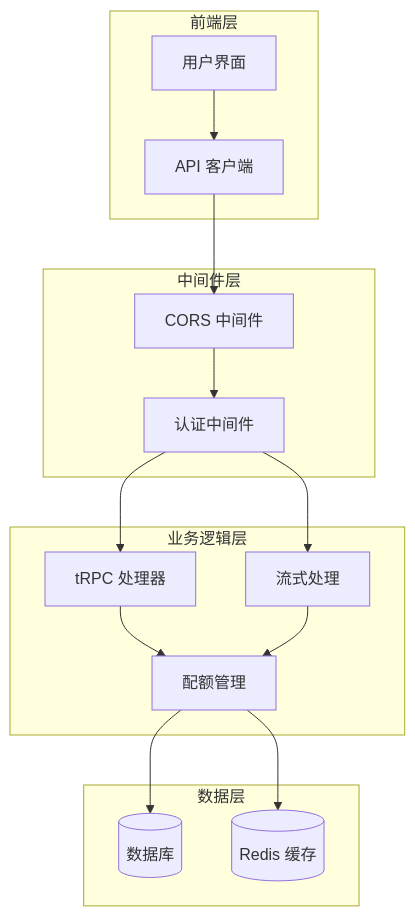
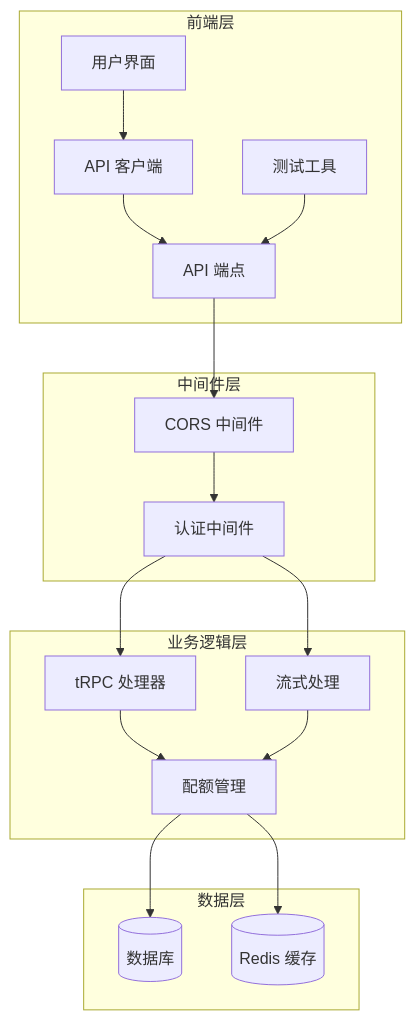
One commit to RadiumAg/AIGate changed the first of 8 diagrams in .qoder/repowiki/zh/content/系统架构设计/API 架构设计/CORS 跨域支持.md. Above: the diagram before and after it, drawn with Mermaid. The commit also changed other lines of this file and 9 other files, not shown here.

````diff
--- a/.qoder/repowiki/zh/content/系统架构设计/API 架构设计/CORS 跨域支持.md
+++ b/.qoder/repowiki/zh/content/系统架构设计/API 架构设计/CORS 跨域支持.md
@@ -36,29 +46,33 @@
 ```mermaid
 graph TB
 subgraph "前端层"
 UI[用户界面]
 API[API 客户端]
+ENDPOINTS[API 端点]
+TESTING[测试工具]
 end
 subgraph "中间件层"
 CORS[CORS 中间件]
 AUTH[认证中间件]
 end
 subgraph "业务逻辑层"
 TPRC[tRPC 处理器]
 STREAM[流式处理]
 QUOTA[配额管理]
 end
 subgraph "数据层"
 DB[(数据库)]
 REDIS[(Redis 缓存)]
 end
 UI --> API
-API --> CORS
+API --> ENDPOINTS
+ENDPOINTS --> CORS
 CORS --> AUTH
 AUTH --> TPRC
 AUTH --> STREAM
 TPRC --> QUOTA
 STREAM --> QUOTA
 QUOTA --> DB
 QUOTA --> REDIS
+TESTING --> ENDPOINTS
 ```
````
